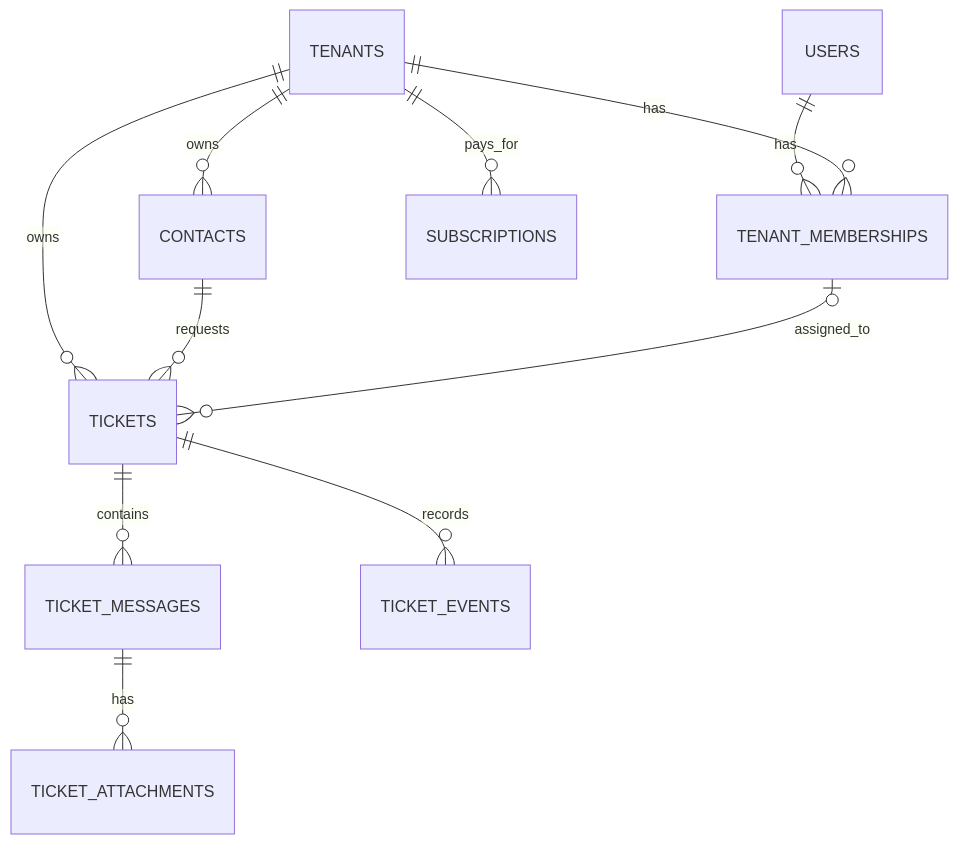
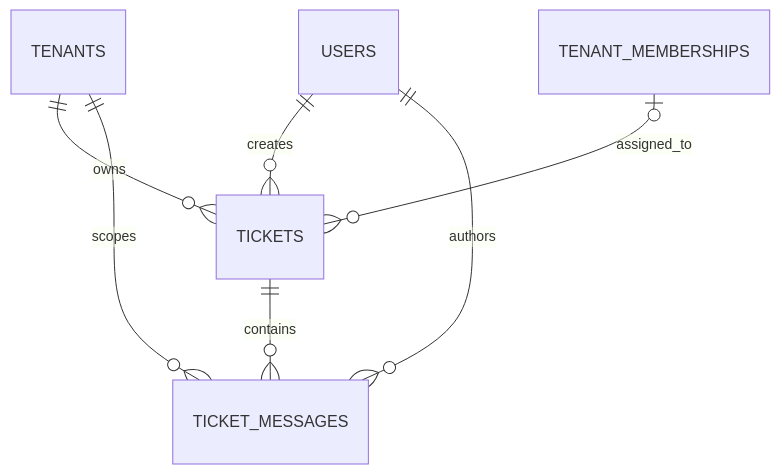
Before and after one commit to fathallah7/multi-tenant-helpdesk-saas: the second of 3 diagrams in docs/database/README.md, drawn with Mermaid. The commit also changed other lines of this file, not shown here.

Commit message:
Refactor database README to clarify architecture, purpose, and progress on tenant management and ticketing features

````diff
--- a/docs/database/README.md
+++ b/docs/database/README.md
@@ -143,13 +156,9 @@
 ```mermaid
 erDiagram
-    USERS ||--o{ TENANT_MEMBERSHIPS : has
-    TENANTS ||--o{ TENANT_MEMBERSHIPS : has
-    TENANTS ||--o{ CONTACTS : owns
     TENANTS ||--o{ TICKETS : owns
-    CONTACTS ||--o{ TICKETS : requests
+    USERS ||--o{ TICKETS : creates
     TENANT_MEMBERSHIPS |o--o{ TICKETS : assigned_to
     TICKETS ||--o{ TICKET_MESSAGES : contains
-    TICKETS ||--o{ TICKET_EVENTS : records
-    TICKET_MESSAGES ||--o{ TICKET_ATTACHMENTS : has
-    TENANTS ||--o{ SUBSCRIPTIONS : pays_for
+    USERS ||--o{ TICKET_MESSAGES : authors
+    TENANTS ||--o{ TICKET_MESSAGES : scopes
 ```
````
